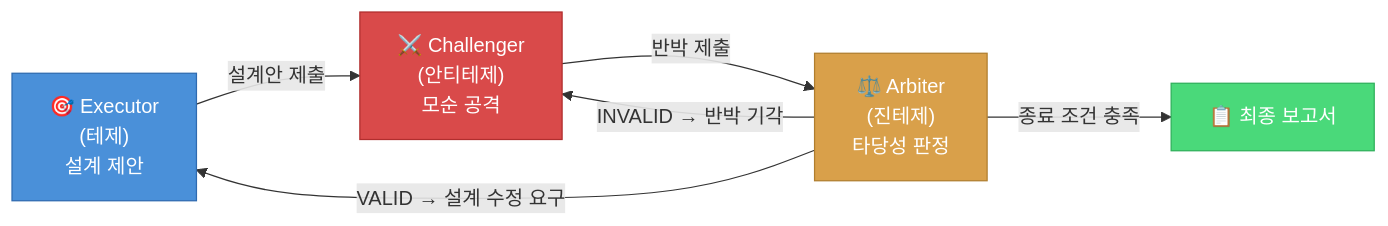
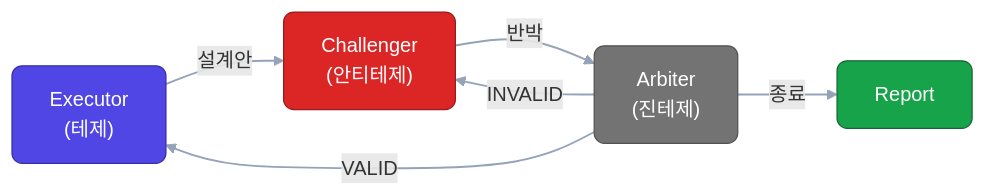
Before and after one commit to cho1124/multi-agent-adversarial-verification: the first of 2 diagrams in README.md, drawn with Mermaid. The commit also changed other lines of this file and 1 other file, not shown here.

````diff
--- a/README.md
+++ b/README.md
@@ -18,13 +18,18 @@
 ```mermaid
 flowchart LR
-    E["🎯 Executor<br/>(테제)<br/>설계 제안"] -->|설계안 제출| C["⚔️ Challenger<br/>(안티테제)<br/>모순 공격"]
-    C -->|반박 제출| A["⚖️ Arbiter<br/>(진테제)<br/>타당성 판정"]
-    A -->|"VALID → 설계 수정 요구"| E
-    A -->|"INVALID → 반박 기각"| C
-    A -->|"종료 조건 충족"| R["📋 최종 보고서"]
+    E["Executor
+(테제)"] -- 설계안 --> C["Challenger
+(안티테제)"]
+    C -- 반박 --> A["Arbiter
+(진테제)"]
+    A -- "VALID" --> E
+    A -- "INVALID" --> C
+    A -- "종료" --> R["Report"]
 
-    style E fill:#4A90D9,stroke:#2E6AB0,color:#fff
-    style C fill:#D94A4A,stroke:#B02E2E,color:#fff
-    style A fill:#D9A04A,stroke:#B07E2E,color:#fff
-    style R fill:#4AD97A,stroke:#2EB05A,color:#fff
+    style E fill:#4f46e5,stroke:#3730a3,color:#fff,rx:8
+    style C fill:#dc2626,stroke:#991b1b,color:#fff,rx:8
+    style A fill:#737373,stroke:#525252,color:#fff,rx:8
+    style R fill:#16a34a,stroke:#166534,color:#fff,rx:8
+
+    linkStyle default stroke:#94a3b8,stroke-width:1.5px
 ```
````
